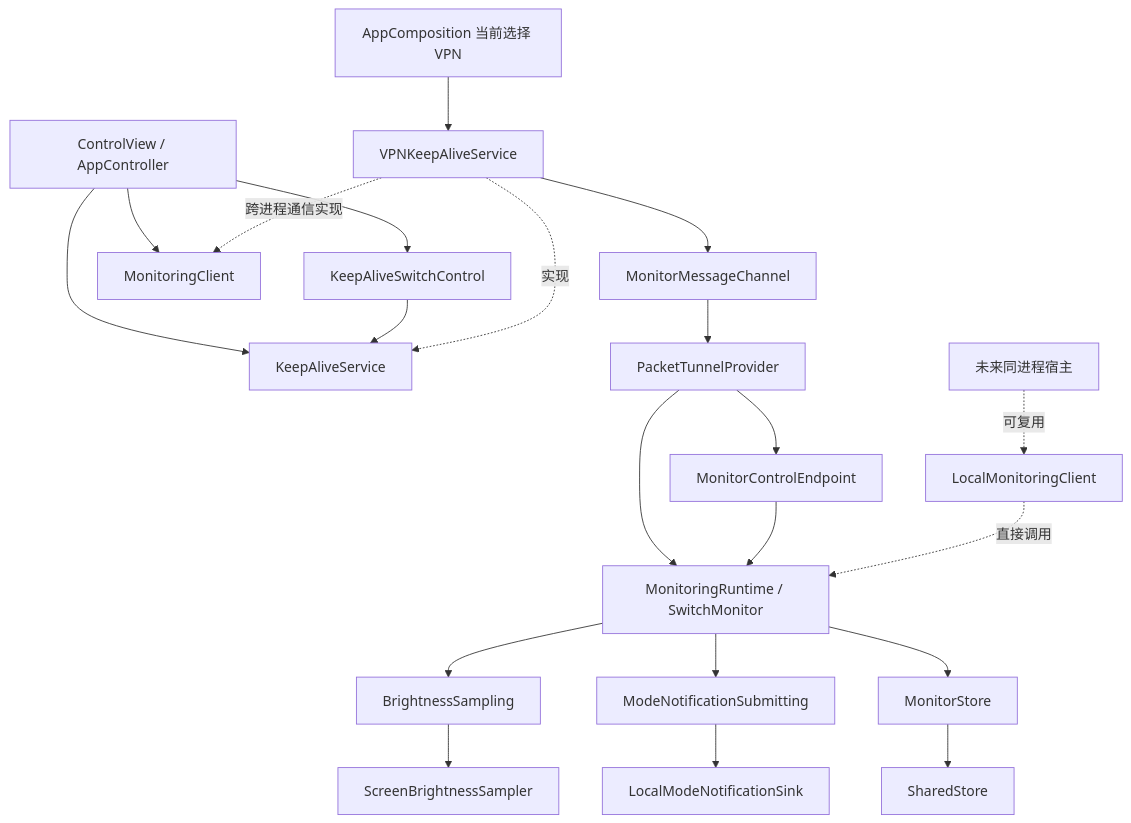
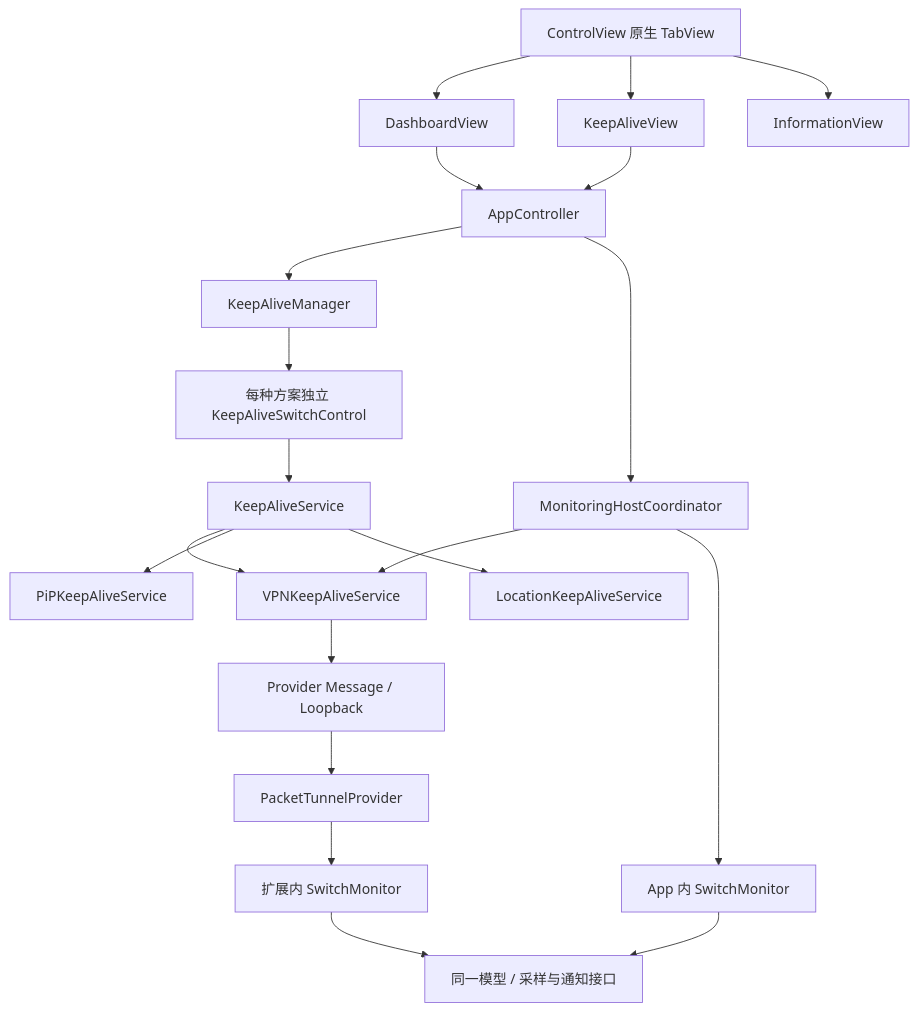
One commit to CodeBH0/AutoDarkShift changed the diagram in docs/ARCHITECTURE.md. Above: the diagram before and after it, drawn with Mermaid. The commit also changed other lines of this file and 35 other files, not shown here.

````diff
--- a/docs/ARCHITECTURE.md
+++ b/docs/ARCHITECTURE.md
@@ -7,23 +7,22 @@
 ```mermaid
 flowchart TD
-    UI[ControlView / AppController] --> K[KeepAliveService]
-    UI --> Toggle[KeepAliveSwitchControl]
-    Toggle --> K
-    UI --> C[MonitoringClient]
-    Factory[AppComposition 当前选择 VPN] --> V[VPNKeepAliveService]
-    V -.实现.-> K
-    V -.跨进程通信实现.-> C
-    V --> IPC[MonitorMessageChannel]
-    IPC --> P[PacketTunnelProvider]
-    P --> E[MonitorControlEndpoint]
-    P --> R[MonitoringRuntime / SwitchMonitor]
-    E --> R
-    R --> S[BrightnessSampling]
-    R --> N[ModeNotificationSubmitting]
-    R --> Store[MonitorStore]
-    S --> Screen[ScreenBrightnessSampler]
-    N --> Notification[LocalModeNotificationSink]
-    Store --> Shared[SharedStore]
-    Future[未来同进程宿主] -.可复用.-> Local[LocalMonitoringClient]
-    Local -.直接调用.-> R
+    Tabs[ControlView 原生 TabView] --> Dashboard[DashboardView]
+    Tabs --> KeepAliveView
+    Tabs --> InformationView
+    Dashboard --> AppController
+    KeepAliveView --> AppController
+    AppController --> Manager[KeepAliveManager]
+    Manager --> Toggle[每种方案独立 KeepAliveSwitchControl]
+    Toggle --> Contract[KeepAliveService]
+    Contract --> VPN[VPNKeepAliveService]
+    Contract --> PiP[PiPKeepAliveService]
+    Contract --> Location[LocationKeepAliveService]
+    AppController --> Host[MonitoringHostCoordinator]
+    Host --> VPN
+    Host --> Local[App 内 SwitchMonitor]
+    VPN --> IPC[Provider Message / Loopback]
+    IPC --> Provider[PacketTunnelProvider]
+    Provider --> Remote[扩展内 SwitchMonitor]
+    Local --> Core[同一模型 / 采样与通知接口]
+    Remote --> Core
 ```
````
